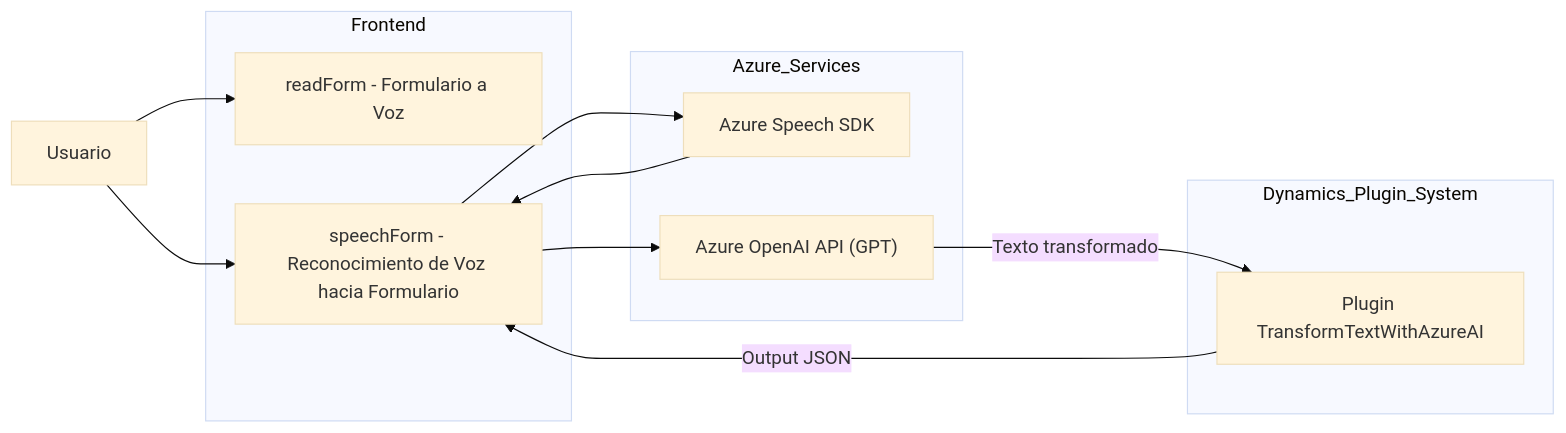
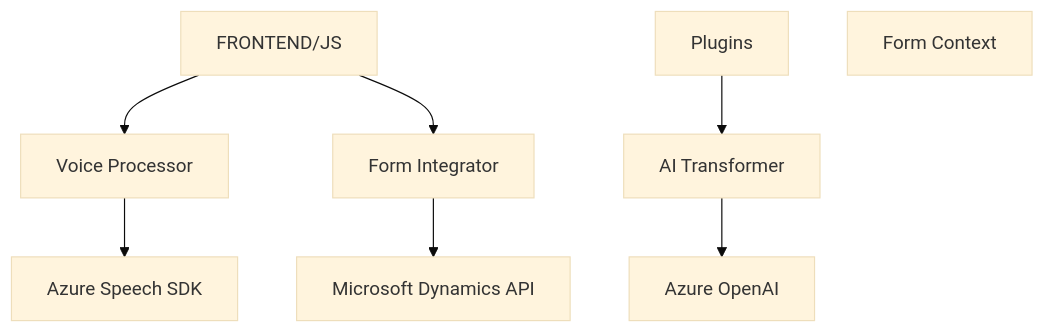
Before and after one commit to blopezdm/NETCORE_BILBAO2025: the diagram in README.md, drawn with Mermaid (base theme). The commit also changed other lines of this file, not shown here.

````diff
--- a/README.md
+++ b/README.md
@@ -41,26 +38,19 @@
 ```mermaid
-graph LR
-    A["Usuario"]
-
-    subgraph Frontend
-        B["readForm - Formulario a Voz"]
-        C["speechForm - Reconocimiento de Voz hacia Formulario"]
-    end
+graph TD
+    AzureSpeechSDK["Azure Speech SDK"]
+    AzureOpenAI["Azure OpenAI"]
+    DynamicsAPI["Microsoft Dynamics API"]
+    FrontendJS["FRONTEND/JS"]
+    BackendPlugin["Plugins"]
+    FormContext["Form Context"]
+    VoiceProcessor["Voice Processor"]
+    FormIntegrator["Form Integrator"]
+    AITransformer["AI Transformer"]
     
-    subgraph Dynamics_Plugin_System
-        D["Plugin TransformTextWithAzureAI"]
-    end
-
-    subgraph Azure_Services
-        E["Azure Speech SDK"]
-        F["Azure OpenAI API (GPT)"]
-    end
-
-    A --> B
-    A --> C
-    C --> E
-    E --> C
-    C --> F
-    F -->|Texto transformado| D
-    D -->|Output JSON| C
+    FrontendJS --> VoiceProcessor
+    FrontendJS --> FormIntegrator
+    VoiceProcessor --> AzureSpeechSDK
+    FormIntegrator --> DynamicsAPI
+    BackendPlugin --> AITransformer
+    AITransformer --> AzureOpenAI
 ```
````
